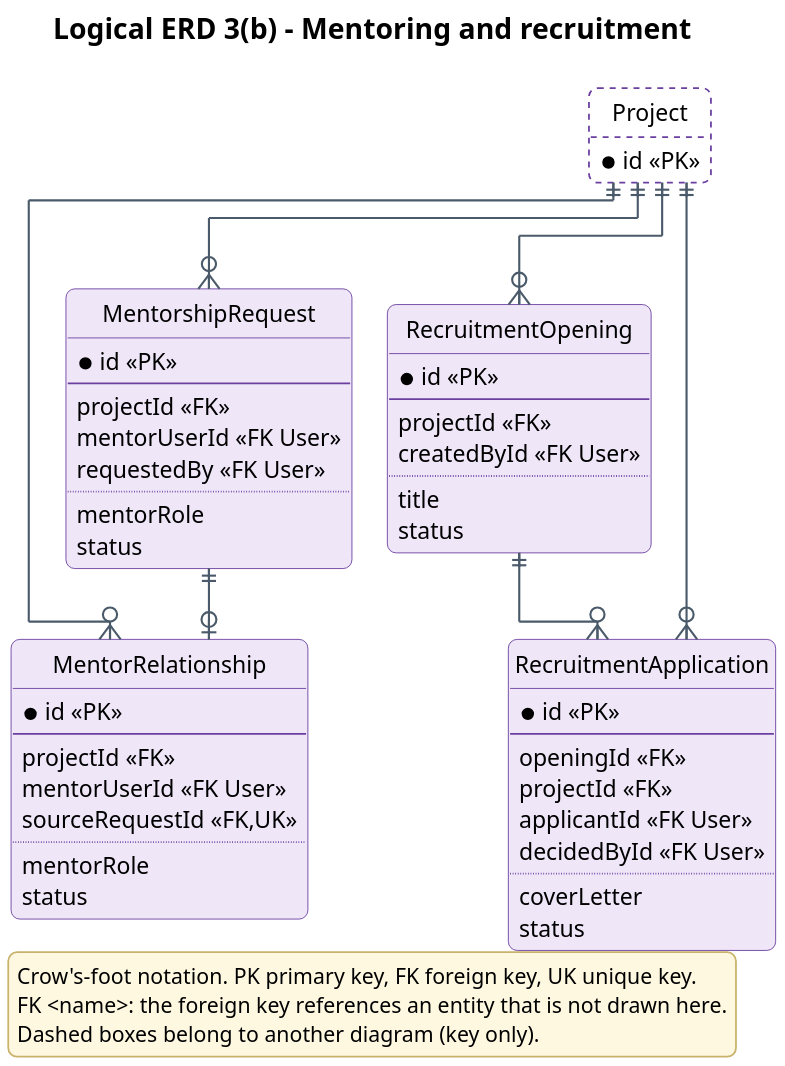
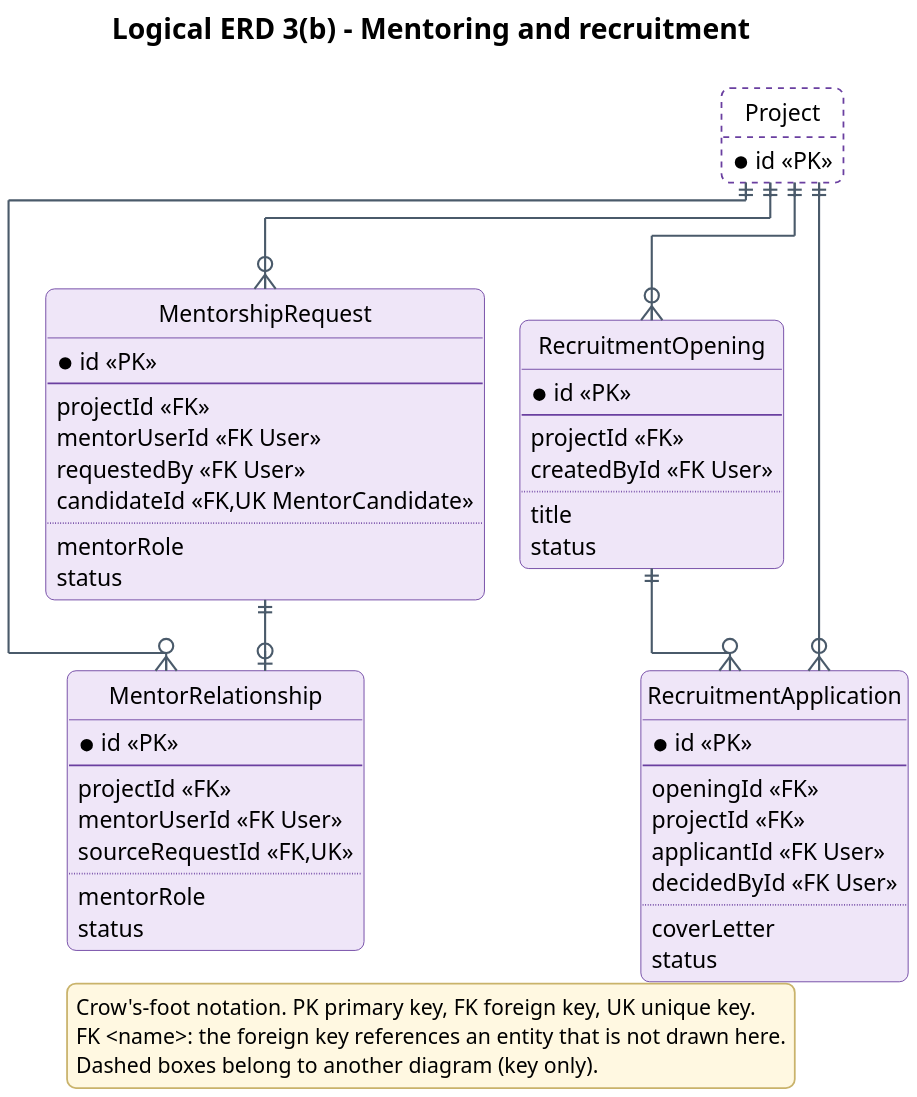
The diagram in docs/diagrams/report3/R3_ERD3b_Mentoring_Recruitment.puml (Khoa-Hoa-Technology-Solution-Company/lumi-gap), drawn with PlantUML before and after one commit. The commit also changed 48 other files, not shown here.

First line of the commit message:
docs: update diagrams to main 38bd889

```diff
--- a/docs/diagrams/report3/R3_ERD3b_Mentoring_Recruitment.puml
+++ b/docs/diagrams/report3/R3_ERD3b_Mentoring_Recruitment.puml
@@ -1,82 +1,83 @@
 @startuml
 !pragma layout elk
 skinparam dpi 200
 skinparam defaultFontName "Segoe UI"
 skinparam defaultFontSize 13
 skinparam shadowing false
 skinparam roundCorner 10
 skinparam backgroundColor #FFFFFF
 skinparam ArrowColor #4A5A6A
 skinparam ArrowThickness 1.2
 skinparam ArrowFontSize 12
 skinparam ArrowFontColor #4A5A6A
 skinparam TitleFontSize 16
 skinparam TitleFontStyle bold
 skinparam entity {
   BackgroundColor #EFE6F8
   BorderColor #6A3FA0
 }
 skinparam legend {
   BackgroundColor #FFF8E1
   BorderColor #C9B36B
   FontSize 12
 }
 skinparam stereotypeFontSize 10
 hide circle
 hide empty methods
 title Logical ERD 3(b) - Mentoring and recruitment
 entity MentorshipRequest #EFE6F8;line:6A3FA0 {
   * id <<PK>>
   --
   projectId <<FK>>
   mentorUserId <<FK User>>
   requestedBy <<FK User>>
+  candidateId <<FK,UK MentorCandidate>>
   ..
   mentorRole
   status
 }
 entity MentorRelationship #EFE6F8;line:6A3FA0 {
   * id <<PK>>
   --
   projectId <<FK>>
   mentorUserId <<FK User>>
   sourceRequestId <<FK,UK>>
   ..
   mentorRole
   status
 }
 entity RecruitmentOpening #EFE6F8;line:6A3FA0 {
   * id <<PK>>
   --
   projectId <<FK>>
   createdById <<FK User>>
   ..
   title
   status
 }
 entity RecruitmentApplication #EFE6F8;line:6A3FA0 {
   * id <<PK>>
   --
   openingId <<FK>>
   projectId <<FK>>
   applicantId <<FK User>>
   decidedById <<FK User>>
   ..
   coverLetter
   status
 }
 entity Project #FFFFFF;line:6A3FA0;line.dashed {
   * id <<PK>>
 }
 MentorshipRequest ||--o| MentorRelationship
 Project ||--o{ MentorRelationship
 Project ||--o{ MentorshipRequest
 Project ||--o{ RecruitmentApplication
 Project ||--o{ RecruitmentOpening
 RecruitmentOpening ||--o{ RecruitmentApplication
 legend bottom
 Crow's-foot notation. PK primary key, FK foreign key, UK unique key.
 FK <name>: the foreign key references an entity that is not drawn here.
 Dashed boxes belong to another diagram (key only).
 endlegend
 @enduml
```
